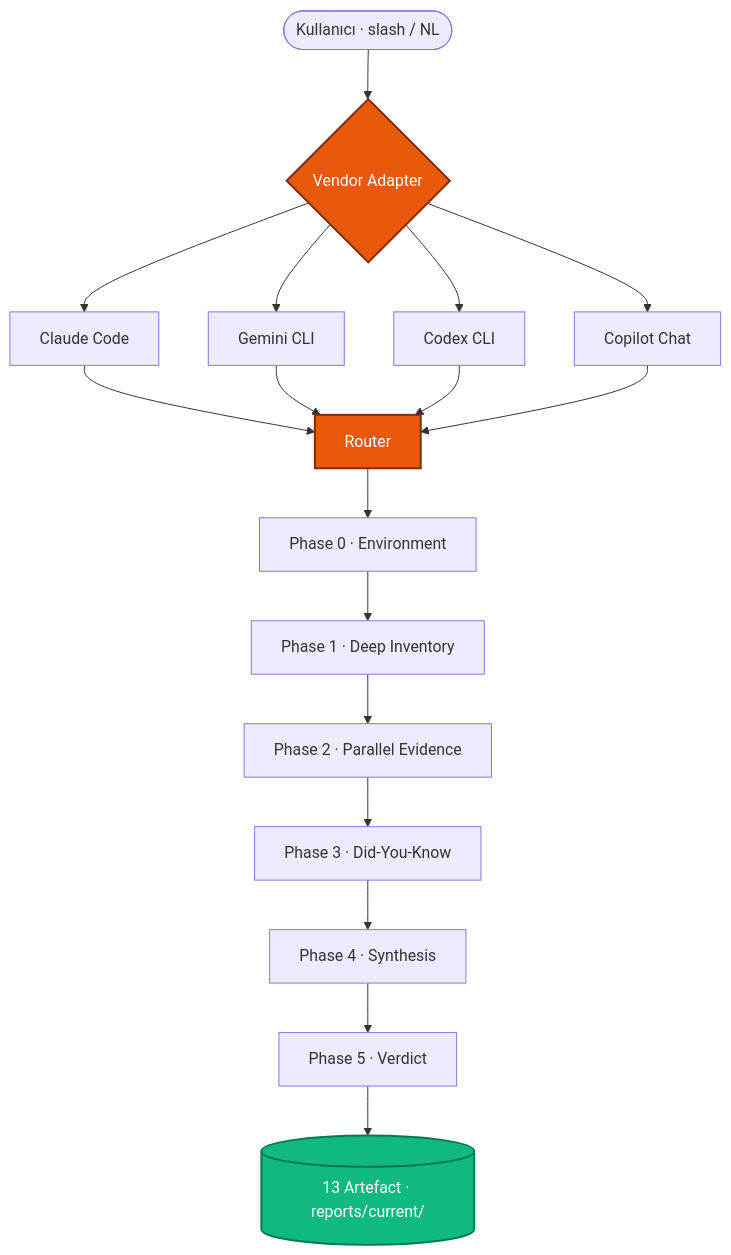
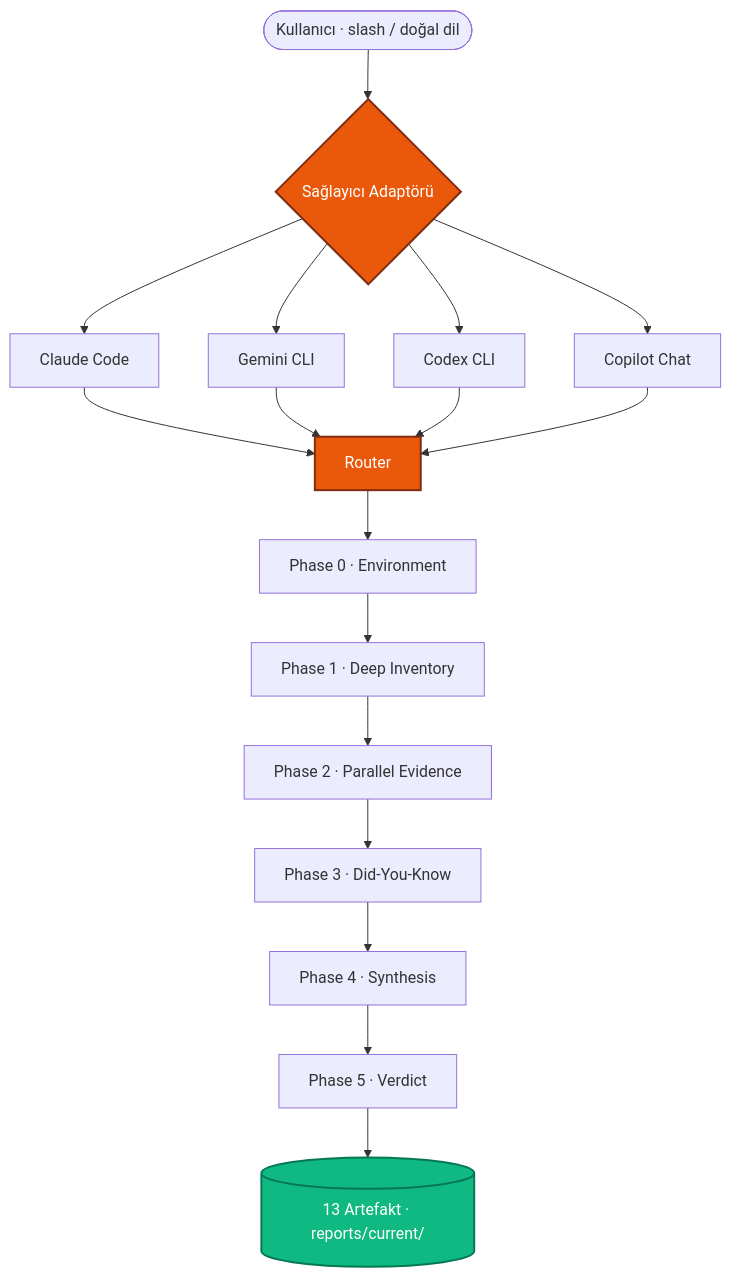
The diagram in README.md (osrt91/ulak-os), drawn with Mermaid before and after one commit. The commit also changed other lines of this file, not shown here.

````diff
--- a/README.md
+++ b/README.md
@@ -96,18 +96,18 @@
 ```mermaid
 flowchart TD
-    U([Kullanıcı · slash / NL]) --> V{Vendor Adapter}
+    U([Kullanıcı · slash / doğal dil]) --> V{Sağlayıcı Adaptörü}
     V --> CC[Claude Code] & GM[Gemini CLI] & CX[Codex CLI] & CP[Copilot Chat]
     CC & GM & CX & CP --> R[Router]
     R --> P0[Phase 0 · Environment]
     P0 --> P1[Phase 1 · Deep Inventory]
     P1 --> P2[Phase 2 · Parallel Evidence]
     P2 --> P3[Phase 3 · Did-You-Know]
     P3 --> P4[Phase 4 · Synthesis]
     P4 --> P5[Phase 5 · Verdict]
-    P5 --> A[(13 Artefact · reports/current/)]
+    P5 --> A[(13 Artefakt · reports/current/)]
 
     classDef primary fill:#ea580c,stroke:#7c2d12,color:#fff,stroke-width:2px
     classDef accent fill:#10b981,stroke:#047857,color:#fff,stroke-width:2px
     class V,R primary
     class A accent
 ```
````
